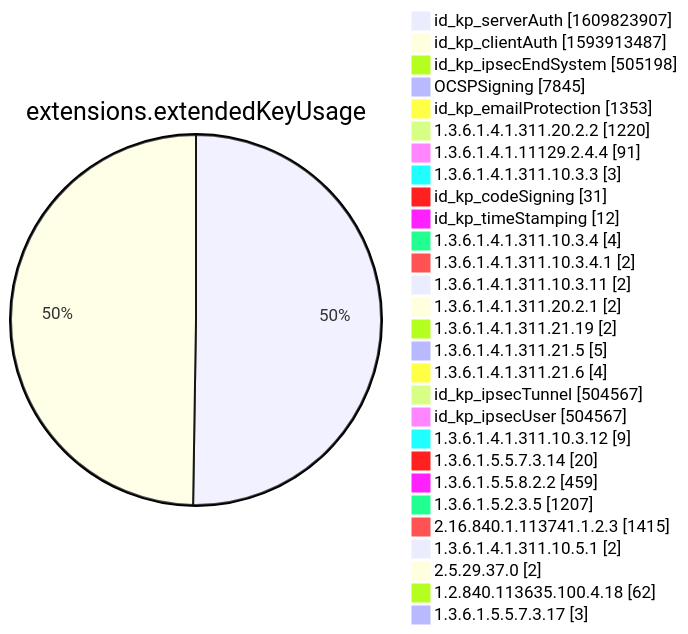
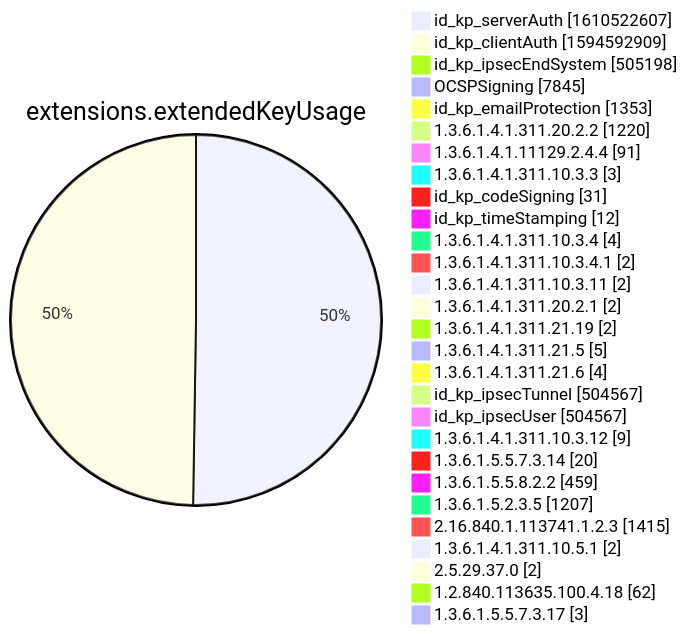
One commit to christiankrug/ctmonitor_visualization changed diagram 12 of 15 in xenon2022/README.md. Above: the diagram before and after it, drawn with Mermaid. The commit also changed other lines of this file, not shown here.

````diff
--- a/xenon2022/README.md
+++ b/xenon2022/README.md
@@ -3885,32 +3885,32 @@
 ```mermaid
 pie showData
 title extensions.extendedKeyUsage
-"id_kp_serverAuth" :1609823907
-"id_kp_clientAuth" :1593913487
+"id_kp_serverAuth" :1610522607
+"id_kp_clientAuth" :1594592909
 "id_kp_ipsecEndSystem" :505198
 "OCSPSigning" :7845
 "id_kp_emailProtection" :1353
 "1.3.6.1.4.1.311.20.2.2" :1220
 "1.3.6.1.4.1.11129.2.4.4" :91
 "1.3.6.1.4.1.311.10.3.3" :3
 "id_kp_codeSigning" :31
 "id_kp_timeStamping" :12
 "1.3.6.1.4.1.311.10.3.4" :4
 "1.3.6.1.4.1.311.10.3.4.1" :2
 "1.3.6.1.4.1.311.10.3.11" :2
 "1.3.6.1.4.1.311.20.2.1" :2
 "1.3.6.1.4.1.311.21.19" :2
 "1.3.6.1.4.1.311.21.5" :5
 "1.3.6.1.4.1.311.21.6" :4
 "id_kp_ipsecTunnel" :504567
 "id_kp_ipsecUser" :504567
 "1.3.6.1.4.1.311.10.3.12" :9
 "1.3.6.1.5.5.7.3.14" :20
 "1.3.6.1.5.5.8.2.2" :459
 "1.3.6.1.5.2.3.5" :1207
 "2.16.840.1.113741.1.2.3" :1415
 "1.3.6.1.4.1.311.10.5.1" :2
 "2.5.29.37.0" :2
 "1.2.840.113635.100.4.18" :62
 "1.3.6.1.5.5.7.3.17" :3
 ```
````
